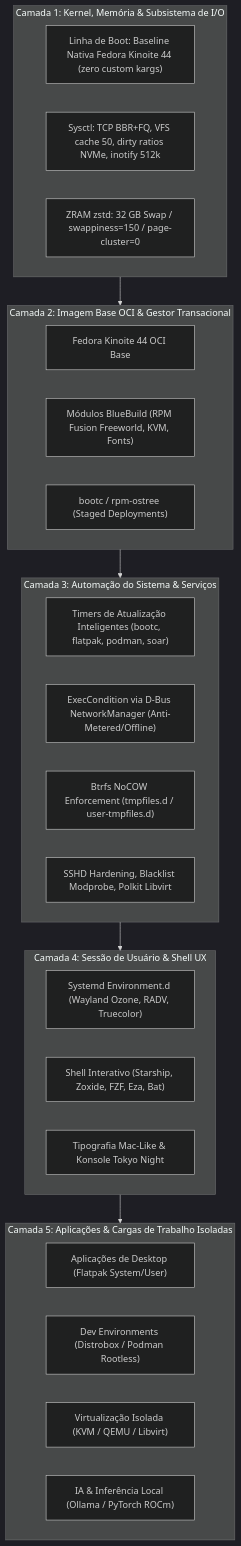
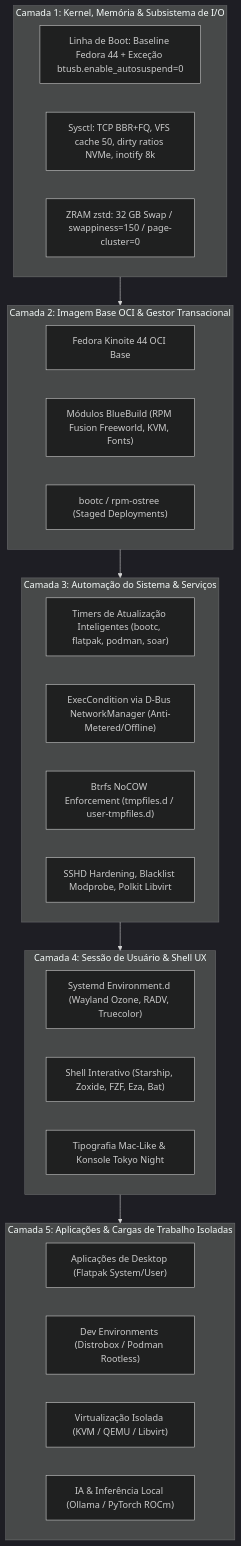
The second of 2 diagrams in docs/TECHNICAL_ARCHITECTURE.md (jbdsjunior/kinoite-bluebuild), drawn with Mermaid (dark theme) before and after one commit. The commit also changed other lines of this file and 4 other files, not shown here.

````diff
--- a/docs/TECHNICAL_ARCHITECTURE.md
+++ b/docs/TECHNICAL_ARCHITECTURE.md
@@ -132,39 +132,39 @@
 ```mermaid
 graph TD
     subgraph L5["Camada 5: Aplicações & Cargas de Trabalho Isoladas"]
         APP_FLATPAK["Aplicações de Desktop (Flatpak System/User)"]
         APP_DEV["Dev Environments (Distrobox / Podman Rootless)"]
         APP_VIRT["Virtualização Isolada (KVM / QEMU / Libvirt)"]
         APP_AI["IA & Inferência Local (Ollama / PyTorch ROCm)"]
     end
 
     subgraph L4["Camada 4: Sessão de Usuário & Shell UX"]
         ENV_SESSION["Systemd Environment.d (Wayland Ozone, RADV, Truecolor)"]
         SHELL_UX["Shell Interativo (Starship, Zoxide, FZF, Eza, Bat)"]
         UI_THEME["Tipografia Mac-Like & Konsole Tokyo Night"]
     end
 
     subgraph L3["Camada 3: Automação do Sistema & Serviços"]
         TIMERS["Timers de Atualização Inteligentes (bootc, flatpak, podman, soar)"]
         NET_RESILIENCE["ExecCondition via D-Bus NetworkManager (Anti-Metered/Offline)"]
         TMPFILES["Btrfs NoCOW Enforcement (tmpfiles.d / user-tmpfiles.d)"]
         SYS_HARDEN["SSHD Hardening, Blacklist Modprobe, Polkit Libvirt"]
     end
 
     subgraph L2["Camada 2: Imagem Base OCI & Gestor Transacional"]
         BASE_OS["Fedora Kinoite 44 OCI Base"]
         BLUEBUILD["Módulos BlueBuild (RPM Fusion Freeworld, KVM, Fonts)"]
         BOOTC_ENGINE["bootc / rpm-ostree (Staged Deployments)"]
     end
 
     subgraph L1["Camada 1: Kernel, Memória & Subsistema de I/O"]
-        K_ARGS["Linha de Boot: Baseline Nativa Fedora Kinoite 44 (zero custom kargs)"]
-        SYSCTL_TUNE["Sysctl: TCP BBR+FQ, VFS cache 50, dirty ratios NVMe, inotify 512k"]
+        K_ARGS["Linha de Boot: Baseline Fedora 44 + Exceção btusb.enable_autosuspend=0"]
+        SYSCTL_TUNE["Sysctl: TCP BBR+FQ, VFS cache 50, dirty ratios NVMe, inotify 8k"]
         ZRAM_GEN["ZRAM zstd: 32 GB Swap / swappiness=150 / page-cluster=0"]
     end
 
     L1 --> L2
     L2 --> L3
     L3 --> L4
     L4 --> L5
 ```
````
